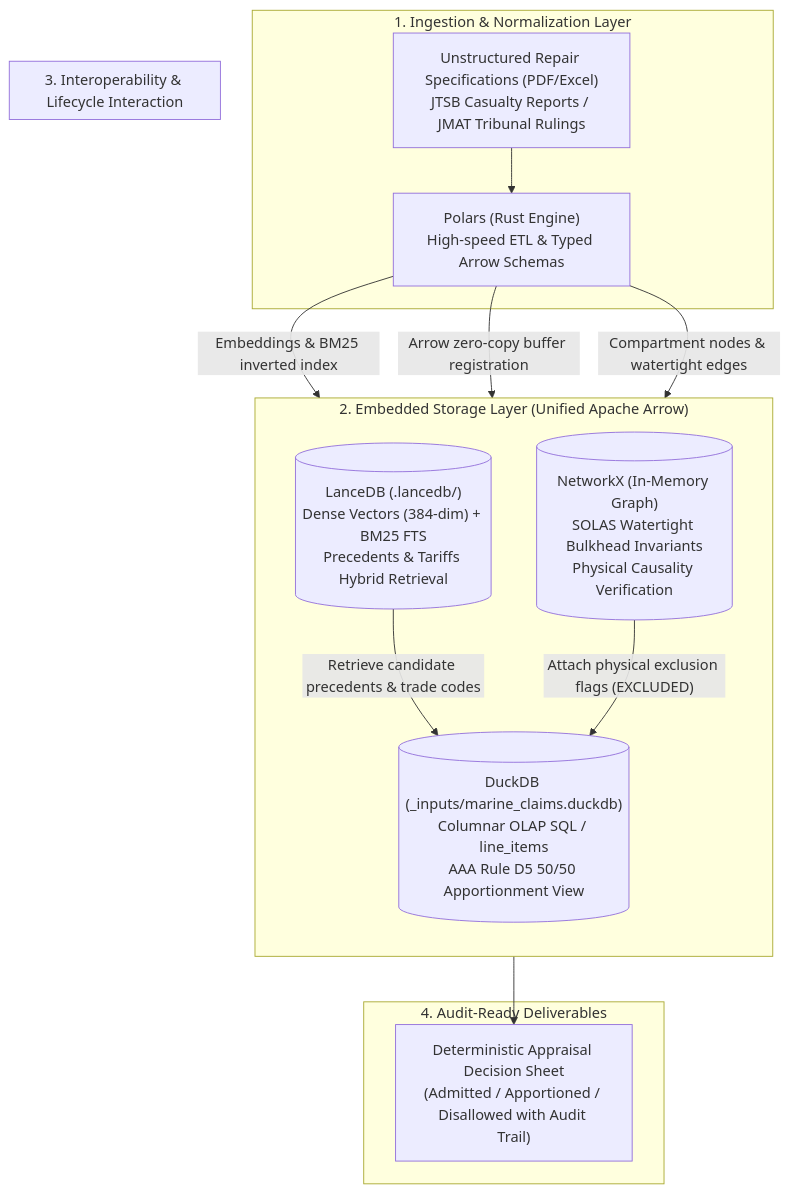
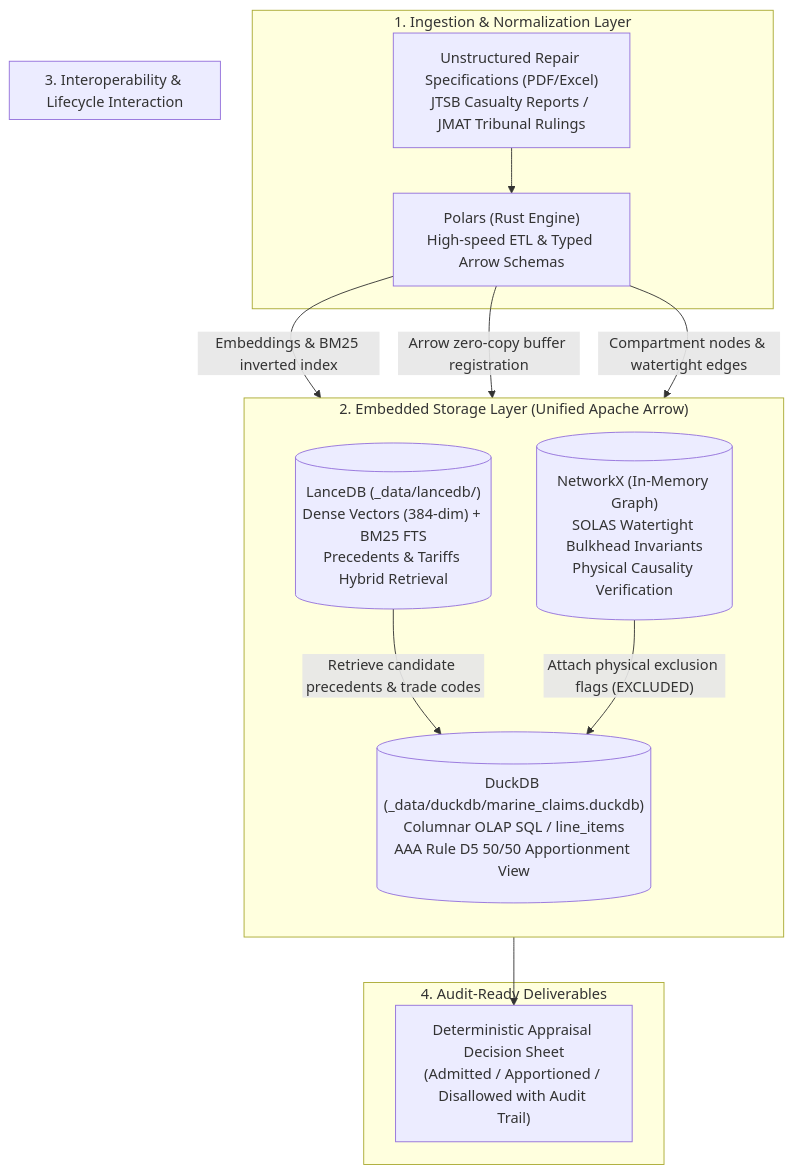
Before and after one commit to edgesentry/marine-claims-ai: the first of 5 diagrams in docs/database_architecture_and_lifecycle.md, drawn with Mermaid. The commit also changed other lines of this file and 5 other files, not shown here.

````diff
--- a/docs/database_architecture_and_lifecycle.md
+++ b/docs/database_architecture_and_lifecycle.md
@@ -22,26 +22,26 @@
 ```mermaid
 flowchart TD
     subgraph INGEST["1. Ingestion & Normalization Layer"]
         RAW["Unstructured Repair Specifications (PDF/Excel)<br/>JTSB Casualty Reports / JMAT Tribunal Rulings"] --> POLARS["Polars (Rust Engine)<br/>High-speed ETL & Typed Arrow Schemas"]
     end
 
     subgraph STORAGE["2. Embedded Storage Layer (Unified Apache Arrow)"]
         direction TB
-        LANCE[("LanceDB (.lancedb/)<br/>Dense Vectors (384-dim) + BM25 FTS<br/>Precedents & Tariffs Hybrid Retrieval")]
-        DUCK[("DuckDB (_inputs/marine_claims.duckdb)<br/>Columnar OLAP SQL / line_items<br/>AAA Rule D5 50/50 Apportionment View")]
+        LANCE[("LanceDB (_data/lancedb/)<br/>Dense Vectors (384-dim) + BM25 FTS<br/>Precedents & Tariffs Hybrid Retrieval")]
+        DUCK[("DuckDB (_data/duckdb/marine_claims.duckdb)<br/>Columnar OLAP SQL / line_items<br/>AAA Rule D5 50/50 Apportionment View")]
         NX[("NetworkX (In-Memory Graph)<br/>SOLAS Watertight Bulkhead Invariants<br/>Physical Causality Verification")]
     end
 
     subgraph INTEROP["3. Interoperability & Lifecycle Interaction"]
         POLARS -->|"Embeddings & BM25 inverted index"| LANCE
         POLARS -->|"Arrow zero-copy buffer registration"| DUCK
         POLARS -->|"Compartment nodes & watertight edges"| NX
 
         LANCE -->|"Retrieve candidate precedents & trade codes"| DUCK
         NX -->|"Attach physical exclusion flags (EXCLUDED)"| DUCK
     end
 
     subgraph OUTPUT["4. Audit-Ready Deliverables"]
         DUCK --> REPORT["Deterministic Appraisal Decision Sheet<br/>(Admitted / Apportioned / Disallowed with Audit Trail)"]
     end
 ```
````
